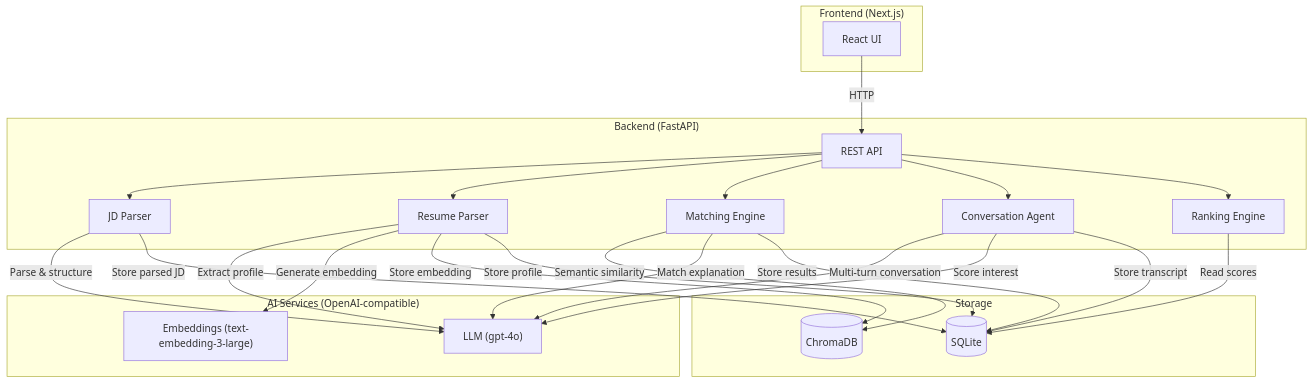
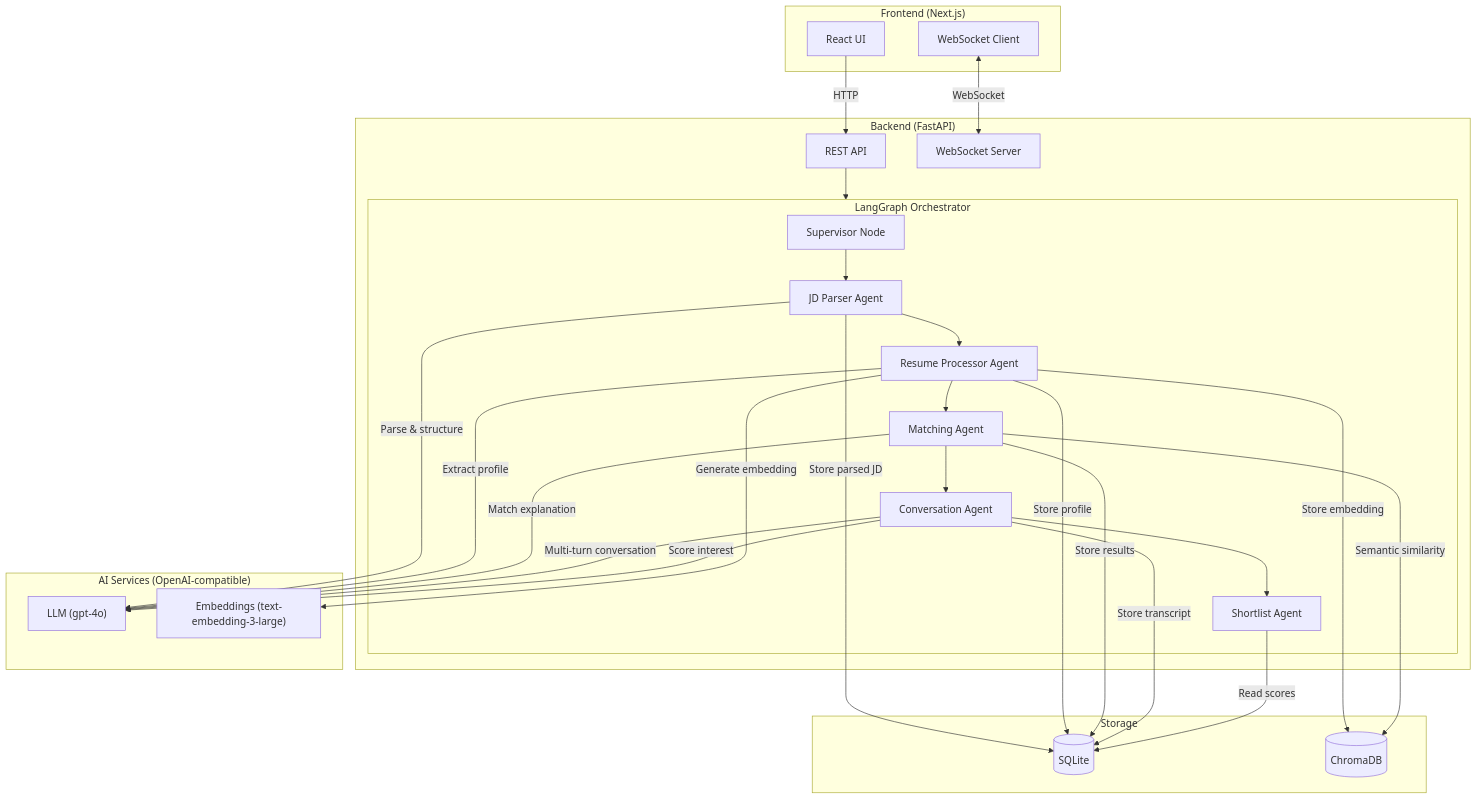
One commit to vikartp/TalentScout-AI changed the first of 2 diagrams in README.md. Above: the diagram before and after it, drawn with Mermaid. The commit also changed other lines of this file and 6 other files, not shown here.

````diff
--- a/README.md
+++ b/README.md
@@ -111,47 +49,51 @@
 ```mermaid
 flowchart TB
     subgraph Frontend["Frontend (Next.js)"]
         UI[React UI]
+        WS[WebSocket Client]
     end
 
     subgraph Backend["Backend (FastAPI)"]
         API[REST API]
-        JDP[JD Parser]
-        RP[Resume Parser]
-        ME[Matching Engine]
-        CA[Conversation Agent]
-        RE[Ranking Engine]
+        WSS[WebSocket Server]
+        subgraph Orchestrator["LangGraph Orchestrator"]
+            SUP[Supervisor Node]
+            JDP[JD Parser Agent]
+            RP[Resume Processor Agent]
+            ME[Matching Agent]
+            CA[Conversation Agent]
+            RE[Shortlist Agent]
+        end
     end
 
     subgraph AI["AI Services (OpenAI-compatible)"]
         LLM["LLM (gpt-4o)"]
         EMB["Embeddings (text-embedding-3-large)"]
     end
 
     subgraph Storage["Storage"]
         SQL[(SQLite)]
         VEC[(ChromaDB)]
     end
 
     UI -->|HTTP| API
-    API --> JDP
-    API --> RP
-    API --> ME
-    API --> CA
-    API --> RE
+    WS <-->|WebSocket| WSS
+    API --> Orchestrator
+
+    SUP --> JDP --> RP --> ME --> CA --> RE
 
     JDP -->|Parse & structure| LLM
     RP -->|Extract profile| LLM
     RP -->|Generate embedding| EMB
     RP -->|Store embedding| VEC
     ME -->|Semantic similarity| VEC
     ME -->|Match explanation| LLM
     CA -->|Multi-turn conversation| LLM
     CA -->|Score interest| LLM
 
     JDP -->|Store parsed JD| SQL
     RP -->|Store profile| SQL
     ME -->|Store results| SQL
     CA -->|Store transcript| SQL
     RE -->|Read scores| SQL
 ```
````
